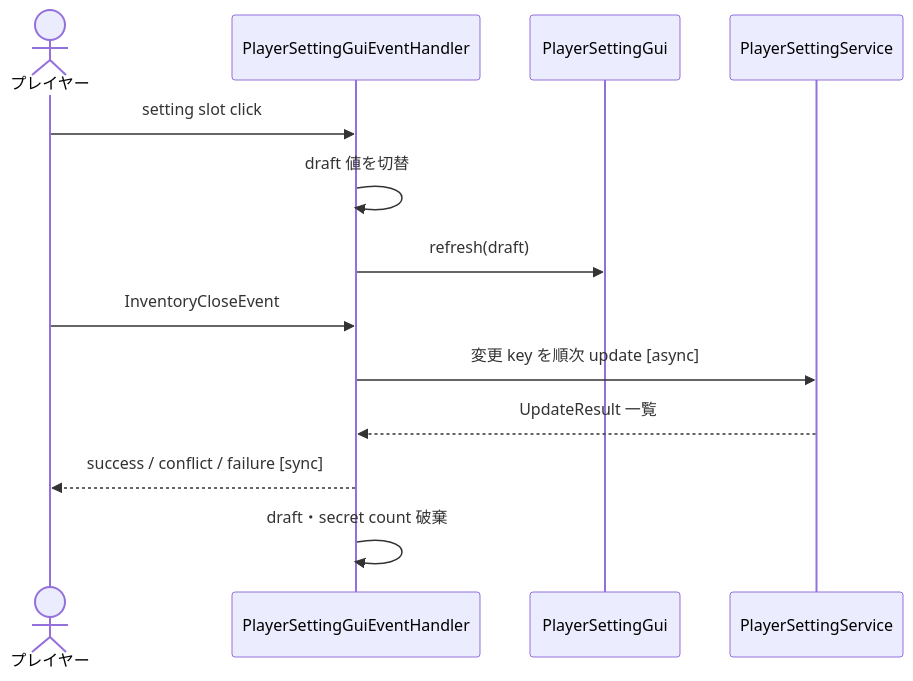
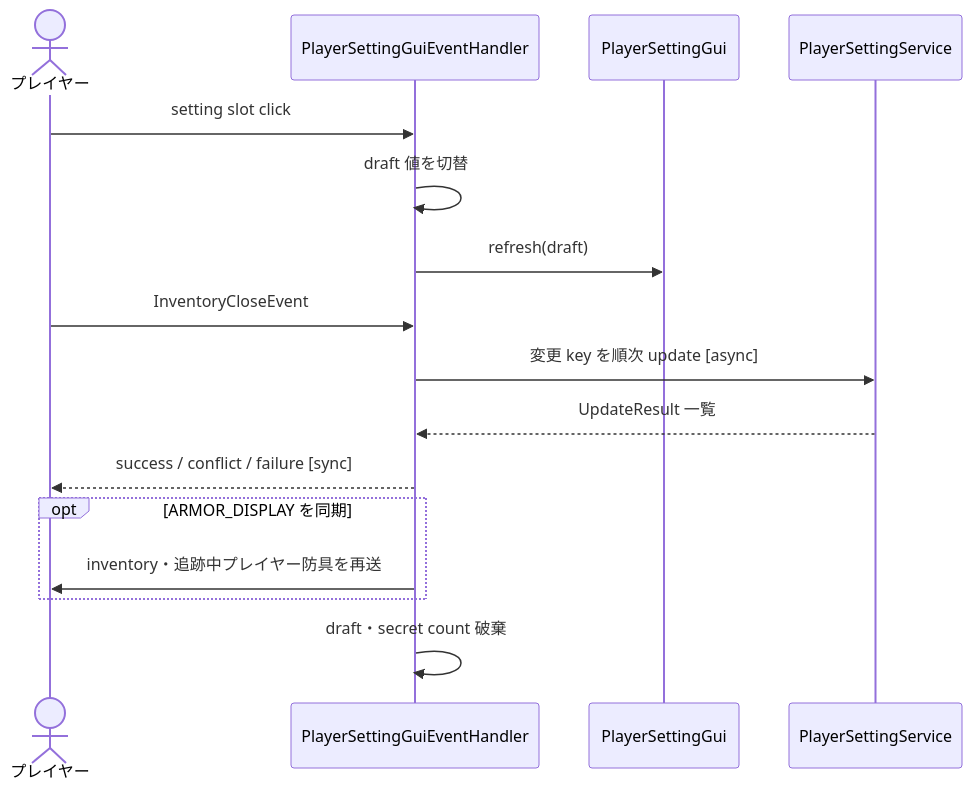
The third of 3 diagrams in 00_docs/10_Plugin設計書/feature/11-player-setting/11_4-統合フロー.md (maaasu/AstralRecord-Workspace), drawn with Mermaid before and after one commit. The commit also changed other lines of this file and 21 other files, not shown here.

````diff
--- a/00_docs/10_Plugin設計書/feature/11-player-setting/11_4-統合フロー.md
+++ b/00_docs/10_Plugin設計書/feature/11-player-setting/11_4-統合フロー.md
@@ -81,16 +84,19 @@
 ```mermaid
 sequenceDiagram
     actor Player as プレイヤー
     participant Event as PlayerSettingGuiEventHandler
     participant Gui as PlayerSettingGui
     participant Service as PlayerSettingService
 
     Player->>Event: setting slot click
     Event->>Event: draft 値を切替
     Event->>Gui: refresh(draft)
     Player->>Event: InventoryCloseEvent
     Event->>Service: 変更 key を順次 update [async]
     Service-->>Event: UpdateResult 一覧
     Event-->>Player: success / conflict / failure [sync]
+    opt ARMOR_DISPLAY を同期
+        Event->>Player: inventory・追跡中プレイヤー防具を再送
+    end
     Event->>Event: draft・secret count 破棄
 ```
````
